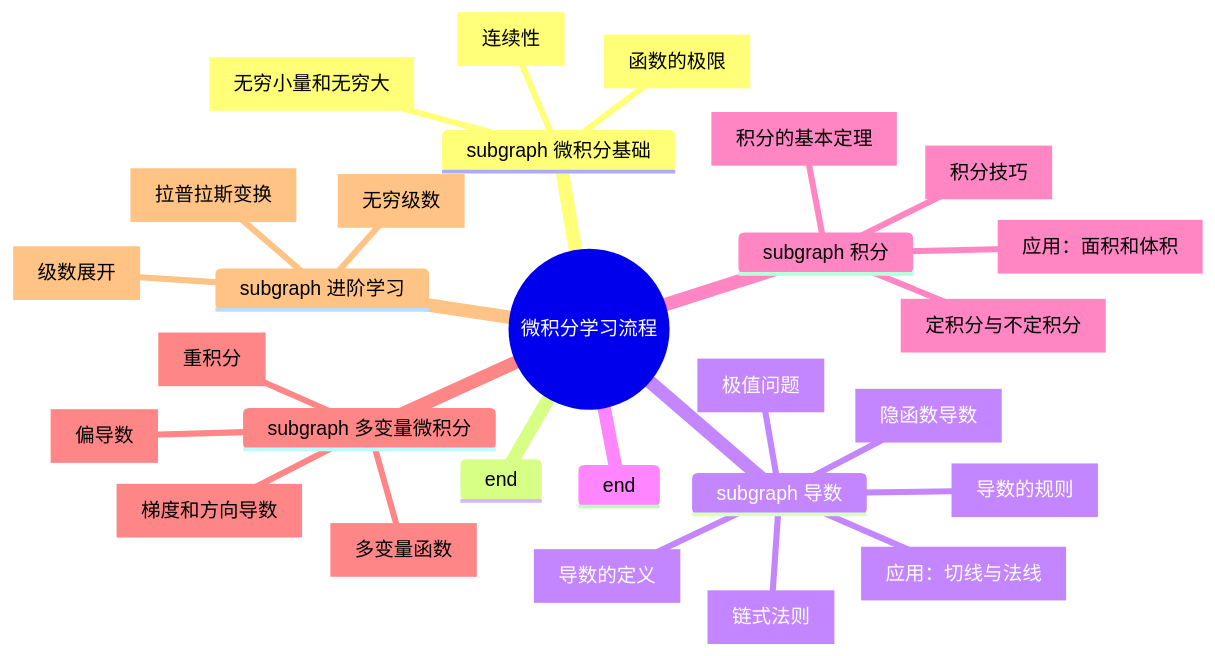
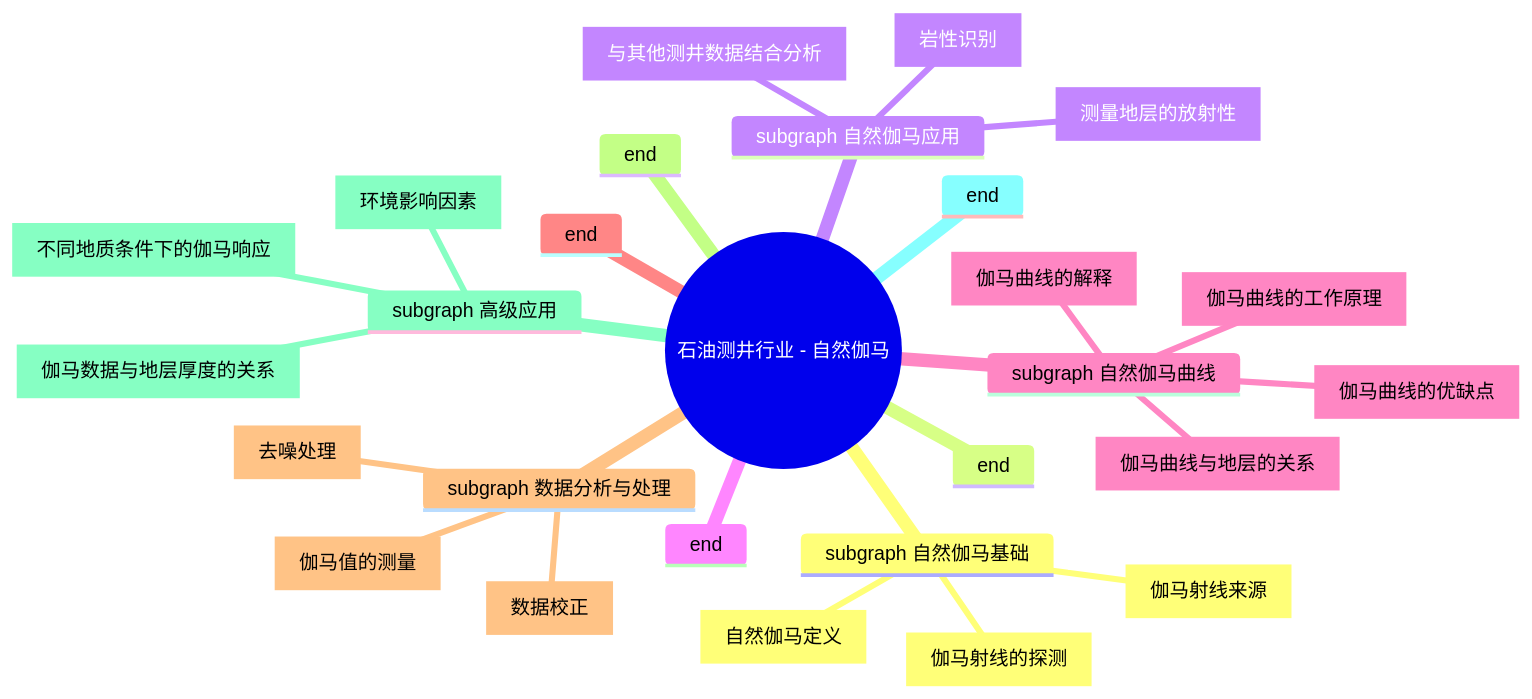
The diagram in all/未命名-1.md (RNGMARTIN/iodraw-files), drawn with Mermaid before and after one commit.

Commit message:
2025-02-24 11:03:49 update

````diff
--- a/all/未命名-1.md
+++ b/all/未命名-1.md
@@ -1,32 +1,31 @@
 ```mermaid
 mindmap
-  root((微积分学习流程))
-    subgraph 微积分基础
-      A[函数的极限]
-      B[连续性]
-      C[无穷小量和无穷大]
+  root((石油测井行业 - 自然伽马))
+    subgraph 自然伽马基础
+      A[自然伽马定义]
+      B[伽马射线来源]
+      C[伽马射线的探测]
     end
-    subgraph 导数
-      D[导数的定义]
-      E[导数的规则]
-      F[链式法则]
-      G[隐函数导数]
-      H[应用：切线与法线]
-      I[极值问题]
+    subgraph 自然伽马应用
+      D[岩性识别]
+      E[测量地层的放射性]
+      F[与其他测井数据结合分析]
     end
-    subgraph 积分
-      J[定积分与不定积分]
-      K[积分的基本定理]
-      L[积分技巧]
-      M[应用：面积和体积]
-    subgraph 多变量微积分
-      N[多变量函数]
-      O[偏导数]
-      P[梯度和方向导数]
-      Q[重积分]
-    subgraph 进阶学习
-      R[无穷级数]
-      S[级数展开]
-      T[拉普拉斯变换]
+    subgraph 自然伽马曲线
+      G[伽马曲线的工作原理]
+      H[伽马曲线的解释]
+      I[伽马曲线与地层的关系]
+      J[伽马曲线的优缺点]
+    end
+    subgraph 数据分析与处理
+      K[伽马值的测量]
+      L[去噪处理]
+      M[数据校正]
+    end
+    subgraph 高级应用
+      N[环境影响因素]
+      O[不同地质条件下的伽马响应]
+      P[伽马数据与地层厚度的关系]
+    end
 
 ```
````
